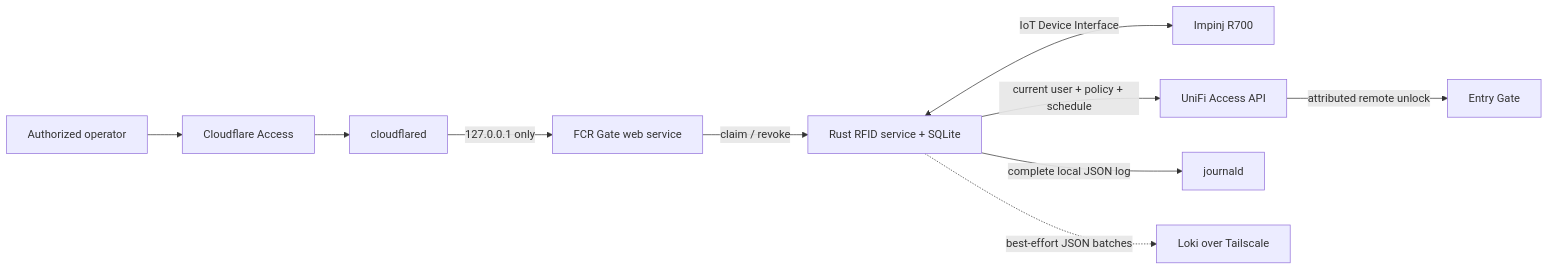
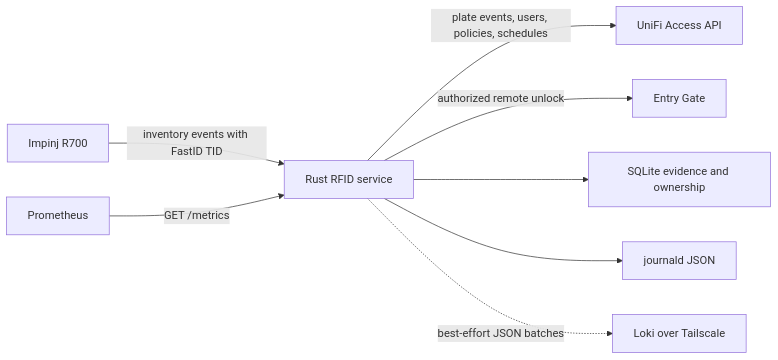
Before and after one commit to jpoehnelt/fcr-gate: the diagram in docs/gateway-services.md, drawn with Mermaid. The commit also changed other lines of this file and 14 other files, not shown here.

````diff
--- a/docs/gateway-services.md
+++ b/docs/gateway-services.md
@@ -13,12 +14,10 @@
 ```mermaid
 flowchart LR
-    U["Authorized operator"] --> A["Cloudflare Access"]
-    A --> T["cloudflared"]
-    T -->|"127.0.0.1 only"| W["FCR Gate web service"]
-    W -->|"claim / revoke"| E["Rust RFID service + SQLite"]
-    E <-->|"IoT Device Interface"| R["Impinj R700"]
-    E -->|"current user + policy + schedule"| UA["UniFi Access API"]
-    UA -->|"attributed remote unlock"| G["Entry Gate"]
-    E -->|"complete local JSON log"| J["journald"]
-    E -.->|"best-effort JSON batches"| L["Loki over Tailscale"]
+    R["Impinj R700"] -->|"inventory events with FastID TID"| S["Rust RFID service"]
+    S -->|"plate events, users, policies, schedules"| U["UniFi Access API"]
+    S -->|"authorized remote unlock"| G["Entry Gate"]
+    S --> D["SQLite evidence and ownership"]
+    S --> J["journald JSON"]
+    S -.->|"best-effort JSON batches"| L["Loki over Tailscale"]
+    H["Prometheus"] -->|"GET /metrics"| S
 ```
````
